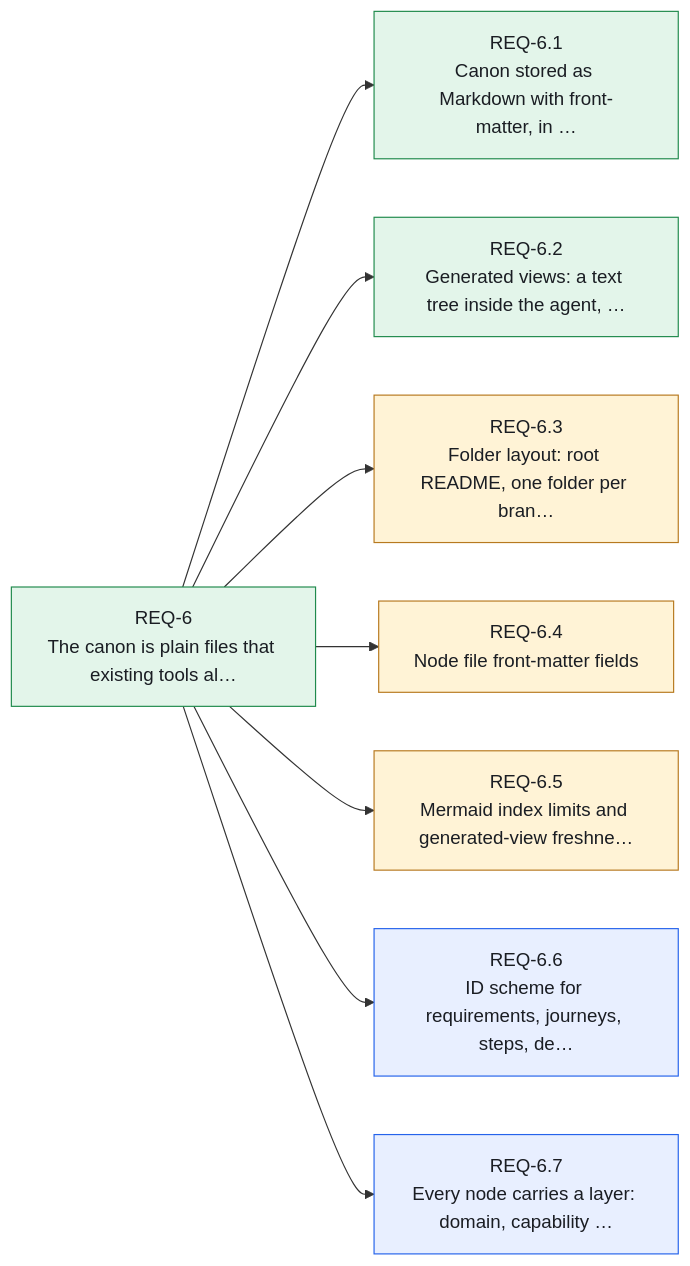
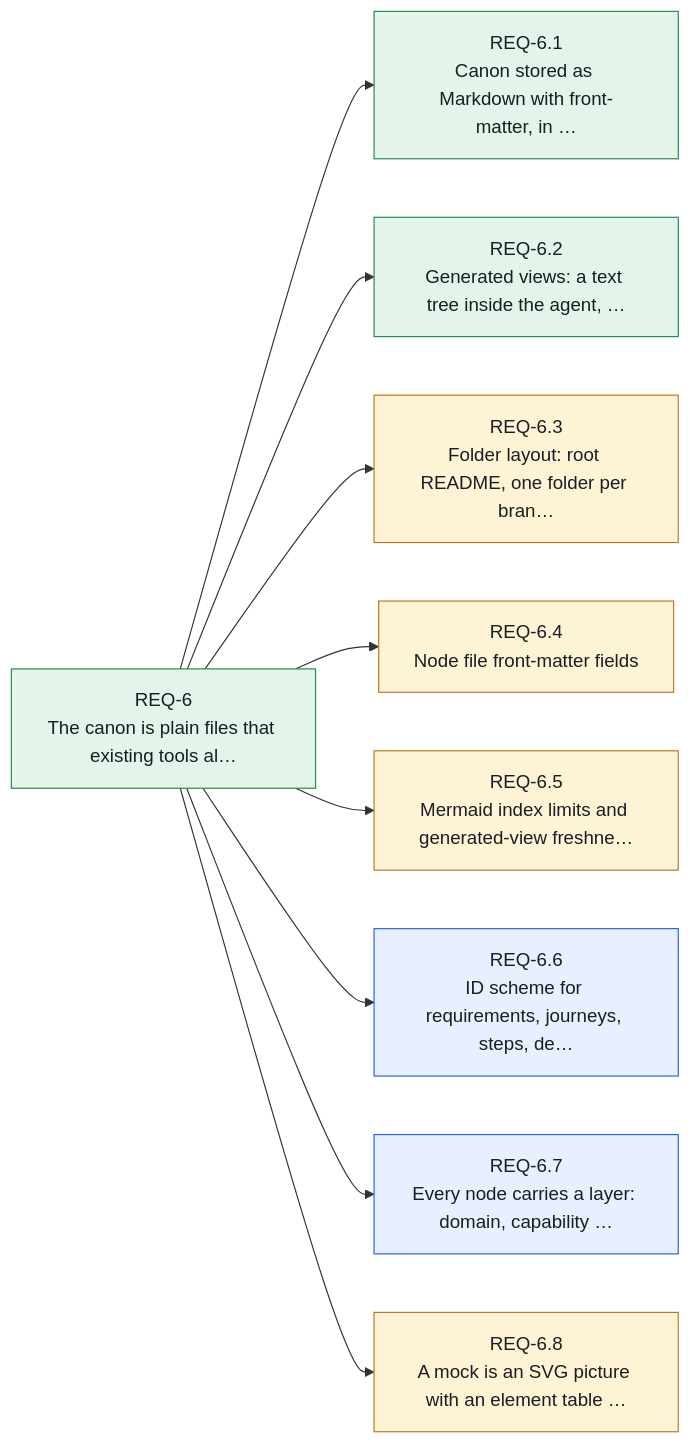
Before and after one commit to Althis/headcanon: the seventh of 14 diagrams in canon/INDEX.md, drawn with Mermaid. The commit also changed other lines of this file and 14 other files, not shown here.

````diff
--- a/canon/INDEX.md
+++ b/canon/INDEX.md
@@ -365,23 +377,25 @@
 ```mermaid
 flowchart LR
     REQ_6["REQ-6<br/>The canon is plain files that existing tools al…"]:::stated
     REQ_6_1["REQ-6.1<br/>Canon stored as Markdown with front-matter, in …"]:::stated
     REQ_6_2["REQ-6.2<br/>Generated views: a text tree inside the agent, …"]:::stated
     REQ_6_3["REQ-6.3<br/>Folder layout: root README, one folder per bran…"]:::assumed
     REQ_6_4["REQ-6.4<br/>Node file front-matter fields"]:::assumed
     REQ_6_5["REQ-6.5<br/>Mermaid index limits and generated-view freshne…"]:::assumed
     REQ_6_6["REQ-6.6<br/>ID scheme for requirements, journeys, steps, de…"]:::resolved
     REQ_6_7["REQ-6.7<br/>Every node carries a layer: domain, capability …"]:::resolved
+    REQ_6_8["REQ-6.8<br/>A mock is an SVG picture with an element table …"]:::assumed
     REQ_6 --> REQ_6_1
     REQ_6 --> REQ_6_2
     REQ_6 --> REQ_6_3
     REQ_6 --> REQ_6_4
     REQ_6 --> REQ_6_5
     REQ_6 --> REQ_6_6
     REQ_6 --> REQ_6_7
+    REQ_6 --> REQ_6_8
     classDef stated fill:#e3f5ea,stroke:#1f8a4c,color:#1a1d23
     classDef resolved fill:#e8efff,stroke:#2563eb,color:#1a1d23
     classDef assumed fill:#fff3d6,stroke:#b7791f,color:#1a1d23
     classDef open fill:#ece9fb,stroke:#6b5bd2,color:#1a1d23
     classDef contested fill:#fde7e8,stroke:#d13438,color:#1a1d23
 ```
````
